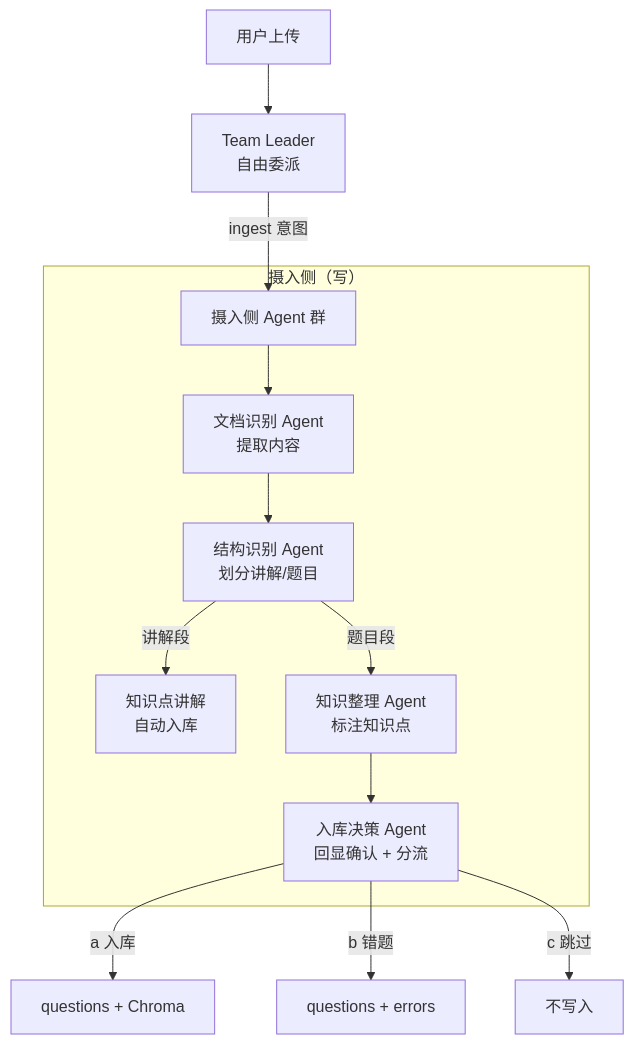
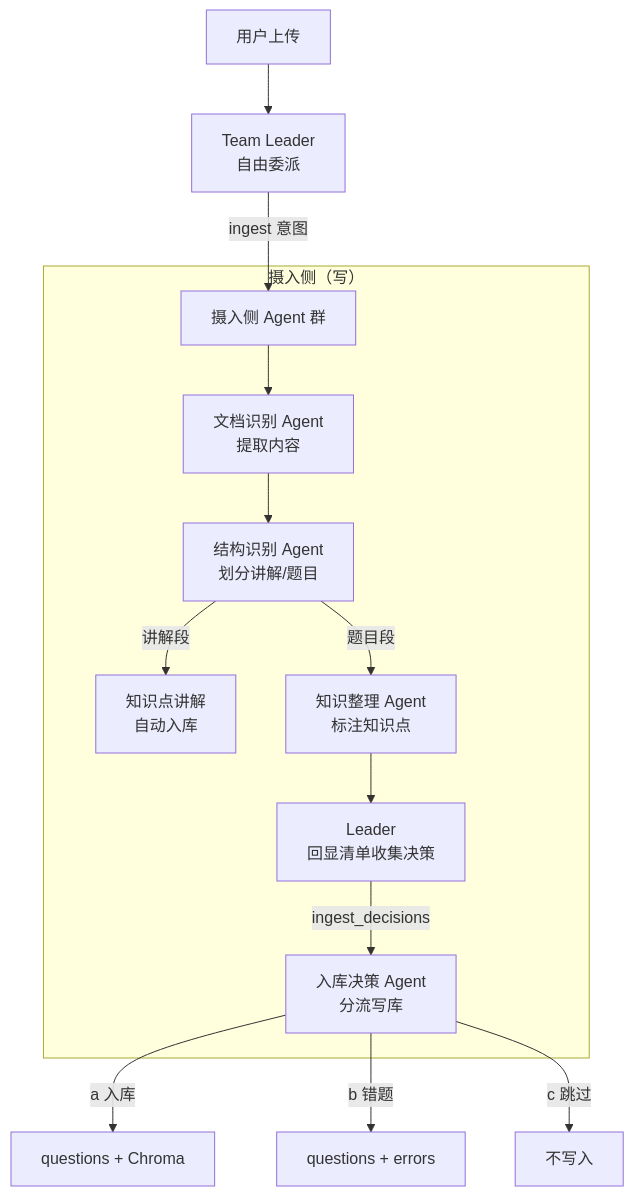
Before and after one commit to ttzc/gaokao_rag: the first of 2 diagrams in docs/ingestion/README.md, drawn with Mermaid. The commit also changed other lines of this file and 6 other files, not shown here.

Commit message:
docs: 回显/对话归 Leader——入库决策 Agent 职责收敛为纯写库执行者，同步 7 处文档

````diff
--- a/docs/ingestion/README.md
+++ b/docs/ingestion/README.md
@@ -19,18 +19,19 @@
 ```mermaid
 flowchart TD
     A[用户上传] --> L[Team Leader<br/>自由委派]
     
     L -->|ingest 意图| B[摄入侧 Agent 群]
     
     subgraph "摄入侧（写）"
         B --> B1[文档识别 Agent<br/>提取内容]
         B1 --> B2[结构识别 Agent<br/>划分讲解/题目]
         B2 -->|讲解段| B2a[知识点讲解<br/>自动入库]
         B2 -->|题目段| B3[知识整理 Agent<br/>标注知识点]
-        B3 --> B4[入库决策 Agent<br/>回显确认 + 分流]
+        B3 --> L2[Leader<br/>回显清单收集决策]
+        L2 -->|ingest_decisions| B4[入库决策 Agent<br/>分流写库]
     end
     
     B4 -->|a 入库| C[questions + Chroma]
     B4 -->|b 错题| D[questions + errors]
     B4 -->|c 跳过| E[不写入]
 ```
````
